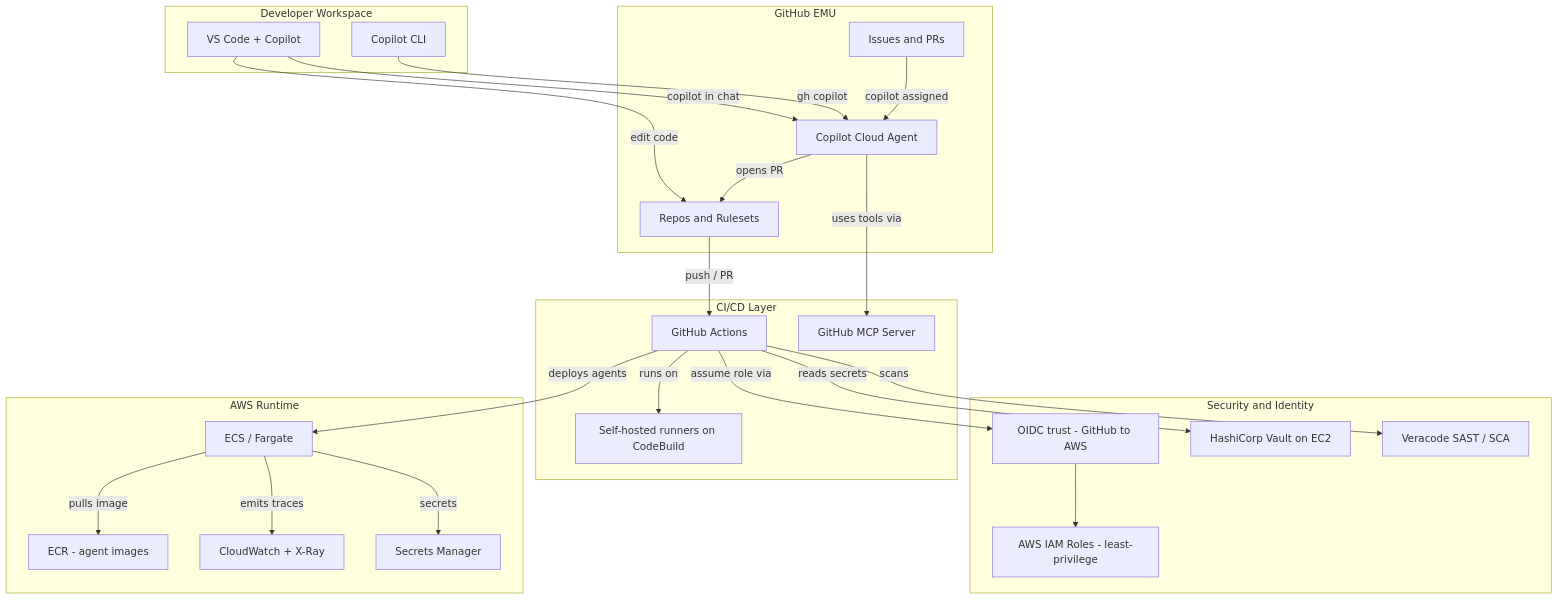
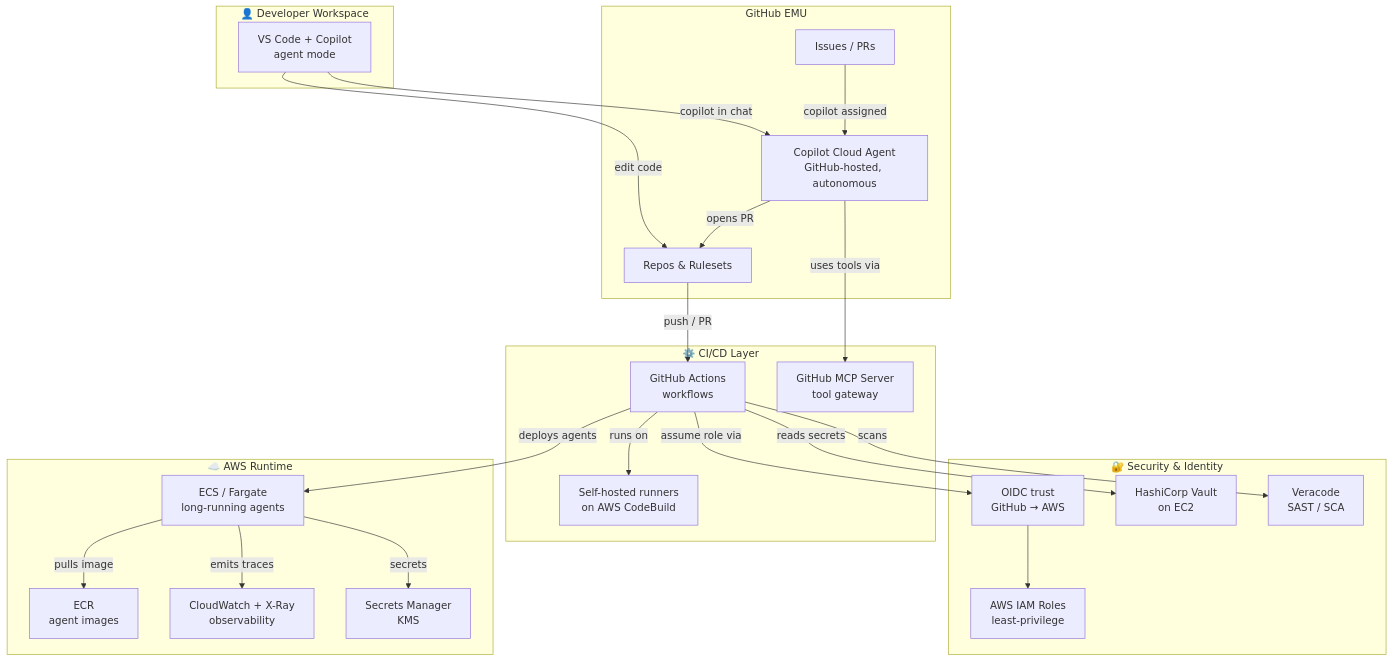
The first of 10 diagrams in DevOps Agent Learning.md (aba-d/demogitactions), drawn with Mermaid before and after one commit.

Commit message:
SCRUM-31 Added the new file updated

````diff
--- a/DevOps Agent Learning.md
+++ b/DevOps Agent Learning.md
@@ -29,53 +29,50 @@
 ```mermaid
 flowchart TB
-    subgraph Developer Workspace
-        VSC[VS Code + Copilot]
-        CLI[Copilot CLI]
+    subgraph DEV["👤 Developer Workspace"]
+        VSC["VS Code + Copilot<br/>agent mode"]
     end
 
-    subgraph GitHub EMU
-        GHC[Copilot Cloud Agent]
-        ISSUE[Issues and PRs]
-        REPO[Repos and Rulesets]
+    subgraph GH["GitHub EMU"]
+        GHC["Copilot Cloud Agent<br/>GitHub-hosted, autonomous"]
+        ISSUE["Issues / PRs"]
+        REPO["Repos & Rulesets"]
     end
 
-    subgraph CI/CD Layer
-        GHA[GitHub Actions]
-        SHR[Self-hosted runners on CodeBuild]
-        MCP[GitHub MCP Server]
+    subgraph CICD["⚙️ CI/CD Layer"]
+        GHA["GitHub Actions<br/>workflows"]
+        SHR["Self-hosted runners<br/>on AWS CodeBuild"]
+        MCP["GitHub MCP Server<br/>tool gateway"]
     end
 
-    subgraph Security and Identity
-        OIDC[OIDC trust - GitHub to AWS]
-        IAM[AWS IAM Roles - least-privilege]
-        VAULT[HashiCorp Vault on EC2]
-        VC[Veracode SAST / SCA]
+    subgraph SEC["🔐 Security & Identity"]
+        OIDC["OIDC trust<br/>GitHub → AWS"]
+        IAM["AWS IAM Roles<br/>least-privilege"]
+        VAULT["HashiCorp Vault<br/>on EC2"]
+        VC["Veracode<br/>SAST / SCA"]
     end
 
-    subgraph AWS Runtime
-        ECS[ECS / Fargate]
-        ECR[ECR - agent images]
-        CW[CloudWatch + X-Ray]
-        SM[Secrets Manager]
+    subgraph AWS["☁️ AWS Runtime"]
+        ECS["ECS / Fargate<br/>long-running agents"]
+        ECR["ECR<br/>agent images"]
+        CW["CloudWatch + X-Ray<br/>observability"]
+        SM["Secrets Manager<br/>KMS"]
     end
 
     VSC -->|copilot in chat| GHC
     VSC -->|edit code| REPO
-    CLI -->|gh copilot| GHC
 
     ISSUE -->|copilot assigned| GHC
     GHC -->|opens PR| REPO
     GHC -->|uses tools via| MCP
 
     REPO -->|push / PR| GHA
     GHA -->|runs on| SHR
-    GHA -->|assume role via| OIDC
-    OIDC --> IAM
+    GHA -->|assume role via| OIDC --> IAM
     GHA -->|reads secrets| VAULT
     GHA -->|scans| VC
 
     GHA -->|deploys agents| ECS
     ECS -->|pulls image| ECR
     ECS -->|secrets| SM
     ECS -->|emits traces| CW
 ```
````
